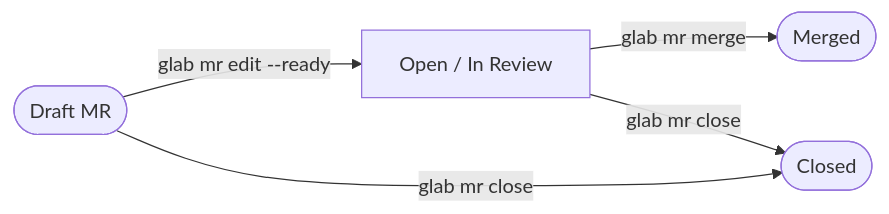
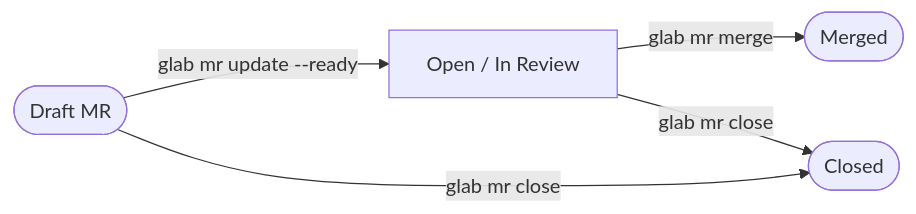
One commit to codeskine/gitlab-workflow changed the diagram in skills/gitlab-review/references/mr-lifecycle.md. Above: the diagram before and after it, drawn with Mermaid. The commit also changed other lines of this file and 24 other files, not shown here.

````diff
--- a/skills/gitlab-review/references/mr-lifecycle.md
+++ b/skills/gitlab-review/references/mr-lifecycle.md
@@ -5,12 +5,12 @@
 ```mermaid
 flowchart LR
     draft([Draft MR])
     open[Open / In Review]
     merged([Merged])
     closed([Closed])
 
-    draft -->|"glab mr edit --ready"| open
+    draft -->|"glab mr update --ready"| open
     open -->|"glab mr merge"| merged
     open -->|"glab mr close"| closed
     draft -->|"glab mr close"| closed
 ```
````
